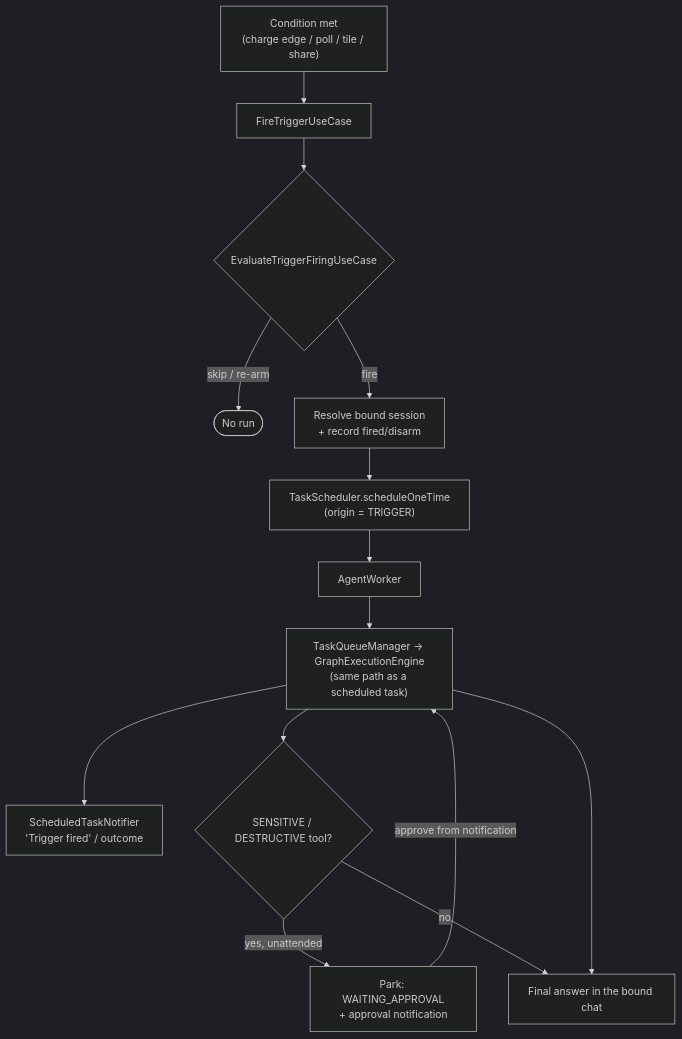
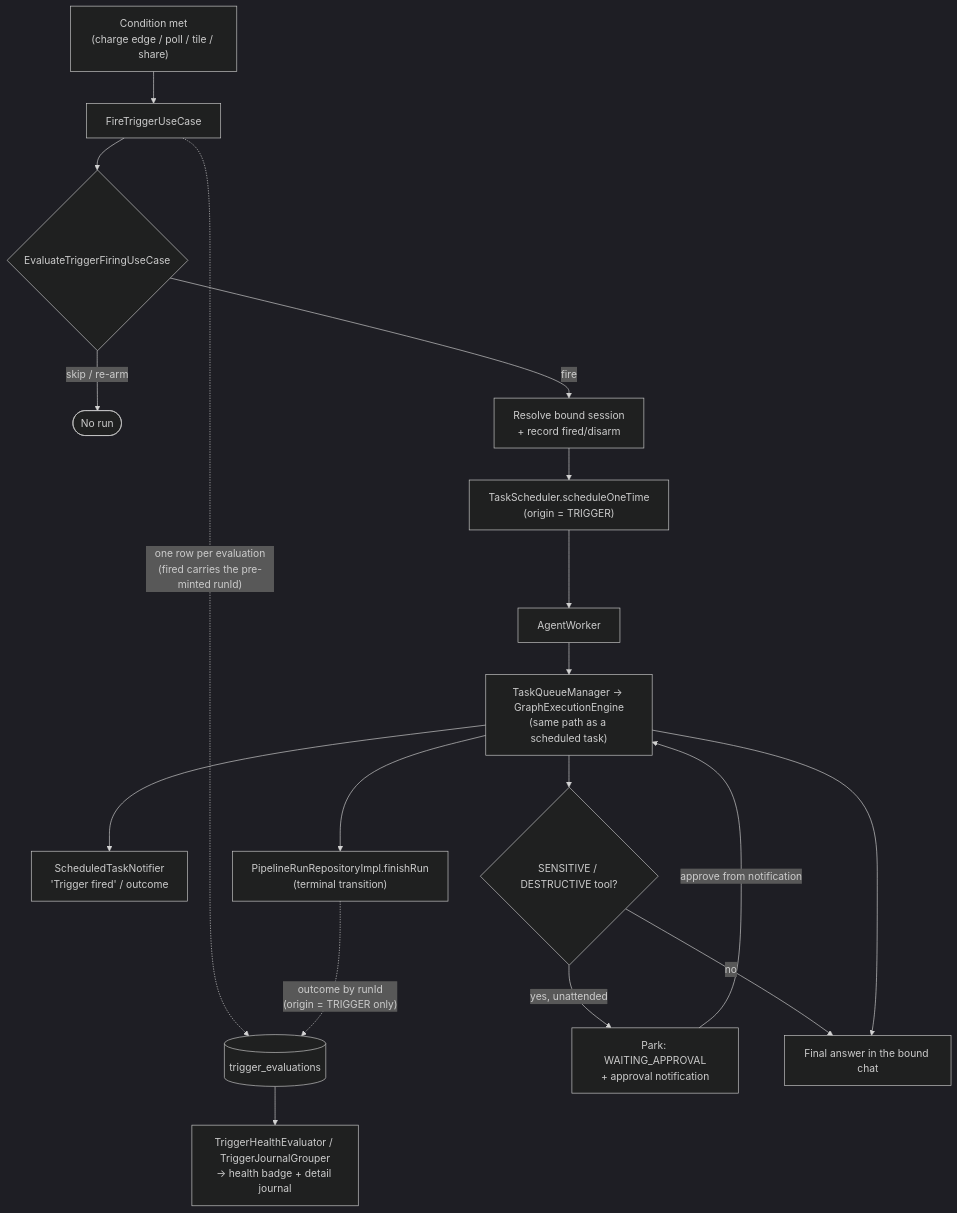
One commit to alexeyw/PersonalAndroidAIAgent changed the eighth of 8 diagrams in docs/architecture.md. Above: the diagram before and after it, drawn with Mermaid (dark theme). The commit also changed other lines of this file and 4 other files, not shown here.

````diff
--- a/docs/architecture.md
+++ b/docs/architecture.md
@@ -1386,16 +1435,20 @@
 ```mermaid
 flowchart TD
     Cond["Condition met<br/>(charge edge / poll / tile / share)"] --> Fire[FireTriggerUseCase]
     Fire --> Eval{EvaluateTriggerFiringUseCase}
     Eval -- skip / re-arm --> Done([No run])
     Eval -- fire --> Bound[Resolve bound session<br/>+ record fired/disarm]
+    Fire -.->|"one row per evaluation<br/>(fired carries the pre-minted runId)"| Journal[("trigger_evaluations")]
     Bound --> Sched["TaskScheduler.scheduleOneTime<br/>(origin = TRIGGER)"]
     Sched --> Worker[AgentWorker]
     Worker --> Queue["TaskQueueManager → GraphExecutionEngine<br/>(same path as a scheduled task)"]
     Queue --> Notify["ScheduledTaskNotifier<br/>'Trigger fired' / outcome"]
     Queue --> Hitl{SENSITIVE / DESTRUCTIVE tool?}
     Hitl -- yes, unattended --> Park[Park: WAITING_APPROVAL<br/>+ approval notification]
     Park -- approve from notification --> Queue
     Hitl -- no --> Result[Final answer in the bound chat]
     Queue --> Result
+    Queue --> Finish["PipelineRunRepositoryImpl.finishRun<br/>(terminal transition)"]
+    Finish -.->|"outcome by runId<br/>(origin = TRIGGER only)"| Journal
+    Journal --> Health["TriggerHealthEvaluator / TriggerJournalGrouper<br/>→ health badge + detail journal"]
 ```
````
